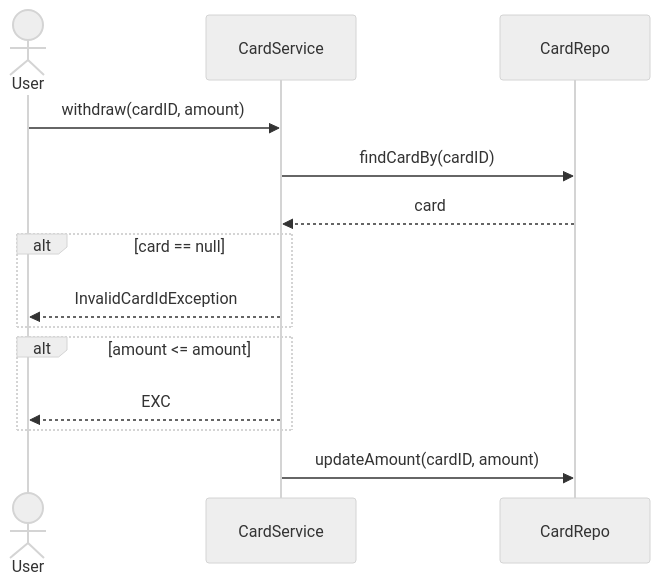
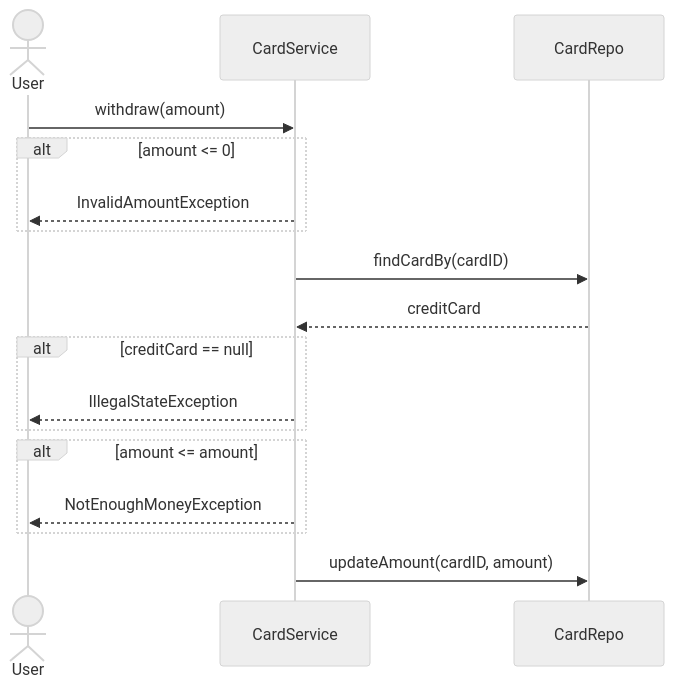
One commit to Apameus/ATM_Underground changed the fourth of 6 diagrams in docs/technicalDocs_v2.md. Above: the diagram before and after it, drawn with Mermaid (neutral theme). The commit also changed other lines of this file, not shown here.

````diff
--- a/docs/technicalDocs_v2.md
+++ b/docs/technicalDocs_v2.md
@@ -44,17 +46,19 @@
 ```mermaid
 sequenceDiagram
-actor U as User
-participant S as CardService
-participant R as CardRepo
-
-U ->> S: withdraw(cardID, amount)
-S ->> R: findCardBy(cardID)
-R -->>S: card
-alt card == null 
-    S -->> U: InvalidCardIdException
-end
-alt amount <= amount 
-    S -->> U: EXC
-end
-S ->> R: updateAmount(cardID, amount)
+    actor U as User
+    participant S as CardService
+    participant R as CardRepo
+    U ->> S: withdraw(amount)
+    alt amount <= 0
+        S -->> U: InvalidAmountException
+    end
+    S ->> R: findCardBy(cardID)
+    R -->> S: creditCard
+    alt creditCard == null
+        S -->> U: IllegalStateException
+    end
+    alt amount <= amount
+        S -->> U: NotEnoughMoneyException
+    end
+    S ->> R: updateAmount(cardID, amount)
 ```
````
